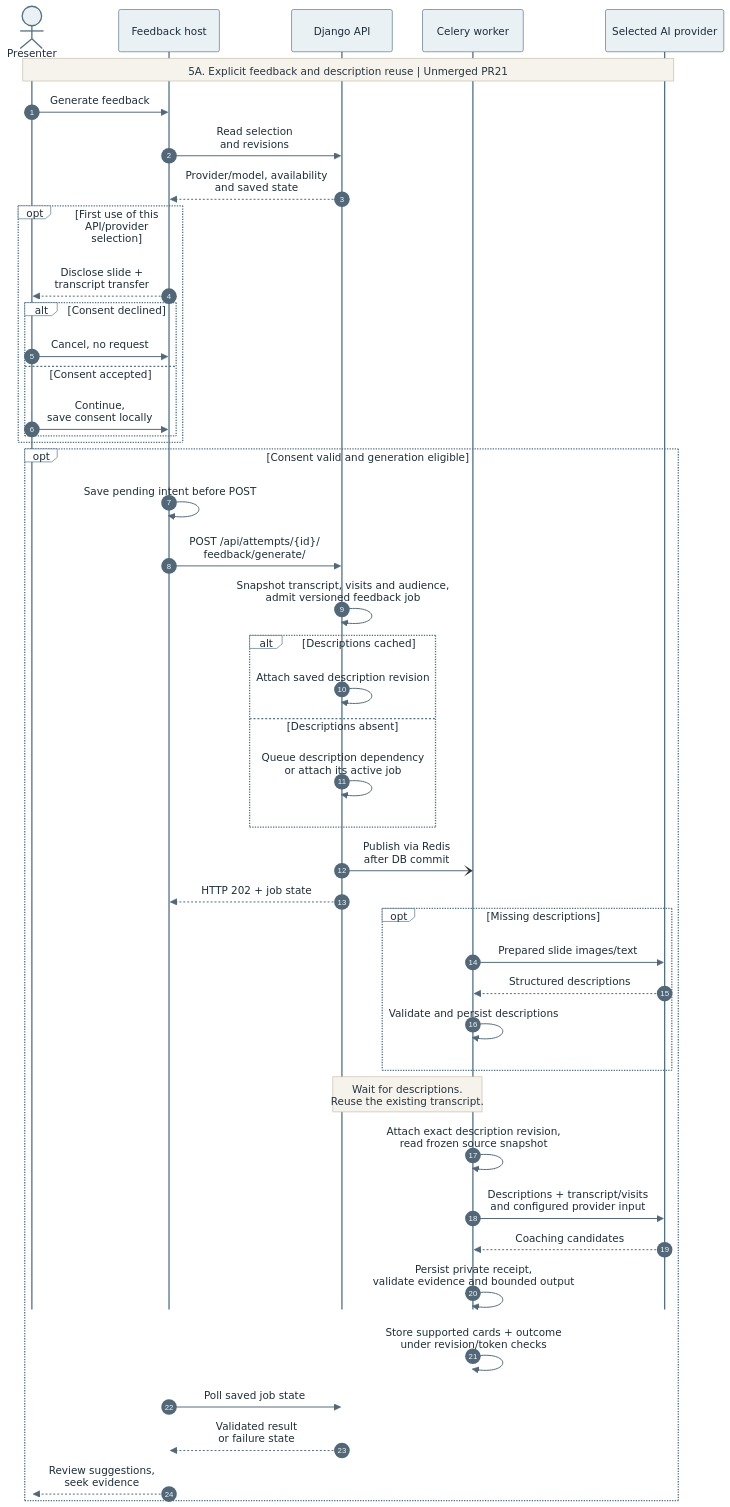
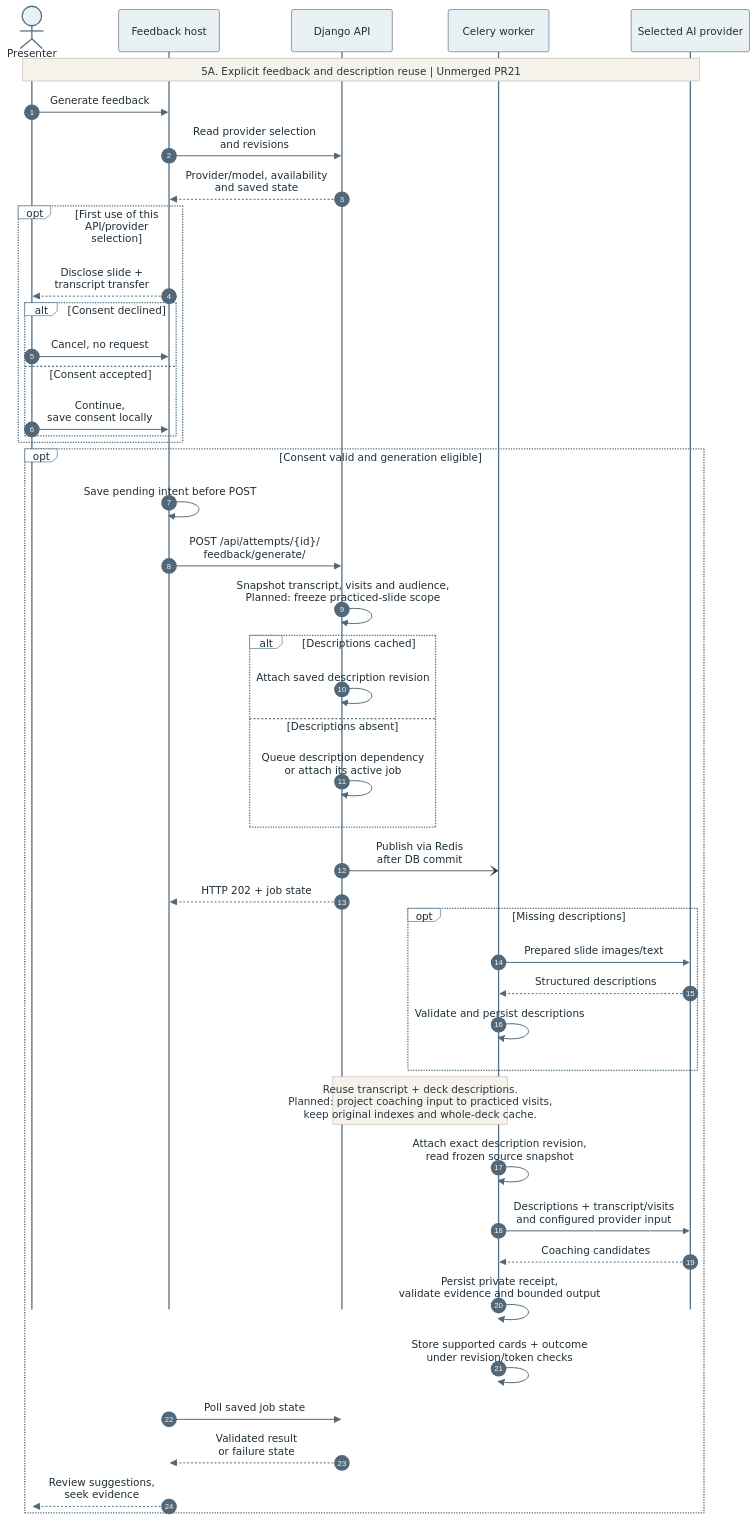
Before and after one commit to snuhcs-course/swpp-2026-project-team-07: the diagram in assets/outloud-design/sources/figure-5a-generation.mmd, drawn with Mermaid. The commit also changed 68 other files, not shown here.

```diff
--- a/assets/outloud-design/sources/figure-5a-generation.mmd
+++ b/assets/outloud-design/sources/figure-5a-generation.mmd
@@ -1,47 +1,47 @@
 %%{init: {"theme": "base", "themeCSS": ".actor-line {stroke-dasharray: 5 5 !important;}", "themeVariables": {"fontFamily": "Arial", "fontSize": "16px", "actorBkg": "#eaf1f5", "actorBorder": "#547083", "actorTextColor": "#1e2e38", "signalColor": "#526777", "signalTextColor": "#1e2e38", "noteBkgColor": "#f6f3ed", "noteBorderColor": "#c6bcaa", "noteTextColor": "#263640", "labelBoxBkgColor": "#ffffff", "labelBoxBorderColor": "#547083"}, "sequence": {"useMaxWidth": false, "mirrorActors": false, "actorMargin": 28, "messageMargin": 16, "noteMargin": 8, "wrap": false, "width": 155}}}%%
 sequenceDiagram
  autonumber
  actor U as Presenter
  participant A as Feedback host
  participant API as Django API
  participant W as Celery worker
  participant P as Selected AI provider
  Note over U,P: 5A. Explicit feedback and description reuse | Unmerged PR21
  U->>A: Generate feedback
- A->>API: Read selection<br/>and revisions
+ A->>API: Read provider selection<br/>and revisions
  API-->>A: Provider/model, availability<br/>and saved state
  opt First use of this API/provider selection
   A-->>U: Disclose slide +<br/>transcript transfer
   alt Consent declined
    U->>A: Cancel, no request
   else Consent accepted
    U->>A: Continue,<br/>save consent locally
   end
  end
  opt Consent valid and generation eligible
   A->>A: Save pending intent before POST
   A->>API: POST /api/attempts/{id}/<br/>feedback/generate/
-  API->>API: Snapshot transcript, visits and audience,<br/>admit versioned feedback job
+  API->>API: Snapshot transcript, visits and audience,<br/>Planned: freeze practiced-slide scope
   alt Descriptions cached
    API->>API: Attach saved description revision
   else Descriptions absent
    API->>API: Queue description dependency<br/>or attach its active job
 
   end
   API-)W: Publish via Redis<br/>after DB commit
   API-->>A: HTTP 202 + job state
   opt Missing descriptions
    W->>P: Prepared slide images/text
    P-->>W: Structured descriptions
    W->>W: Validate and persist descriptions
   end
-  Note over API,W: Wait for descriptions.<br/>Reuse the existing transcript.
+  Note over API,W: Reuse transcript + deck descriptions.<br/>Planned: project coaching input to practiced visits,<br/>keep original indexes and whole-deck cache.
   W->>W: Attach exact description revision,<br/>read frozen source snapshot
   W->>P: Descriptions + transcript/visits<br/>and configured provider input
   P-->>W: Coaching candidates
   W->>W: Persist private receipt,<br/>validate evidence and bounded output
   W->>W: Store supported cards + outcome<br/>under revision/token checks
   A->>API: Poll saved job state
   API-->>A: Validated result<br/>or failure state
   A-->>U: Review suggestions,<br/>seek evidence
  end
```
